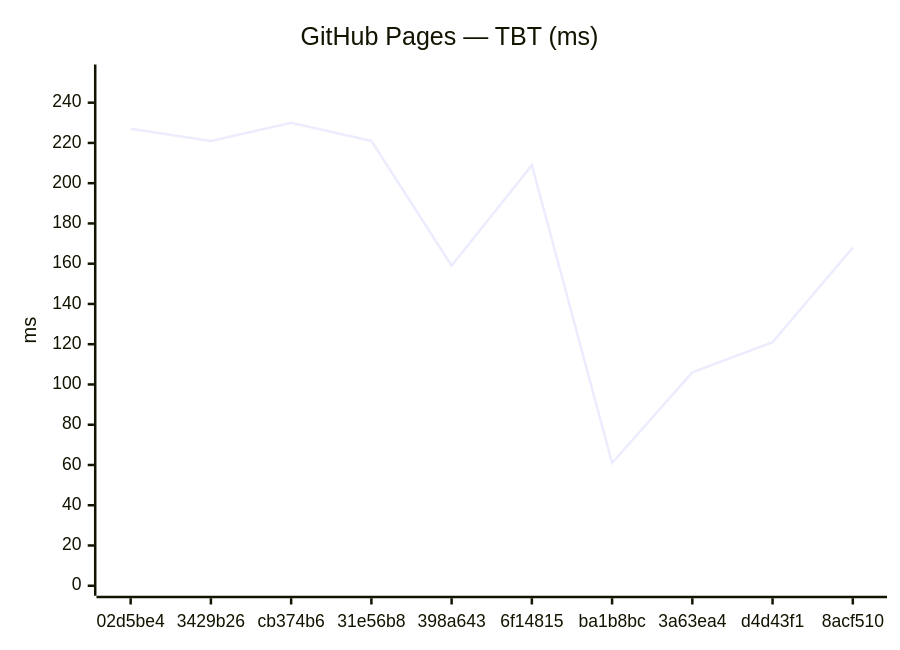
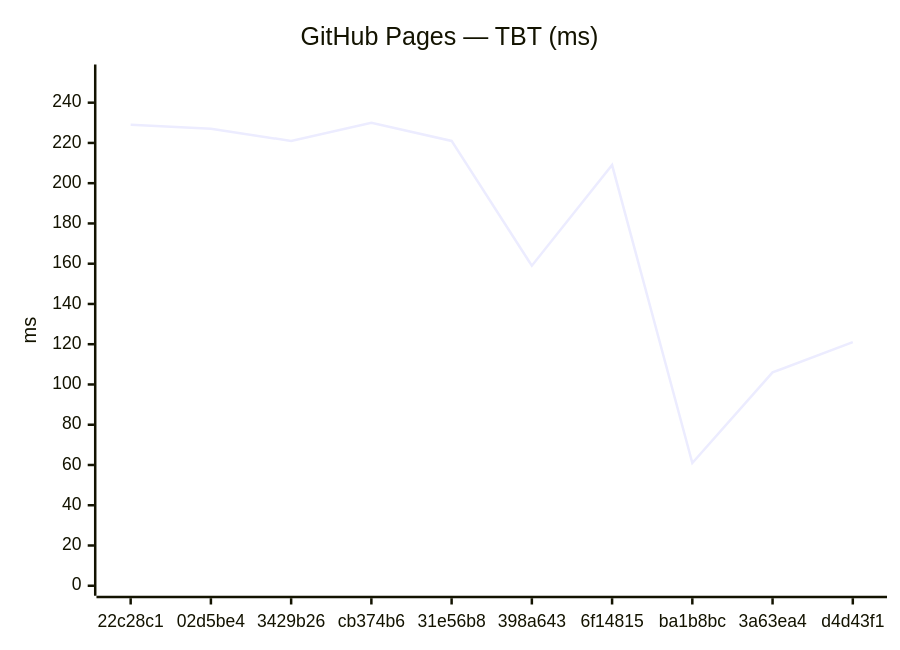
Before and after one commit to Metaheurist/Rianell: the fourth of 18 diagrams in benchmarks/compare.md, drawn with Mermaid. The commit also changed other lines of this file and 11 other files, not shown here.

````diff
--- a/benchmarks/compare.md
+++ b/benchmarks/compare.md
@@ -61,7 +61,7 @@
 ```mermaid
 xychart-beta
     title "GitHub Pages — TBT (ms)"
-    x-axis ["02d5be4", "3429b26", "cb374b6", "31e56b8", "398a643", "6f14815", "ba1b8bc", "3a63ea4", "d4d43f1", "8acf510"]
+    x-axis ["22c28c1", "02d5be4", "3429b26", "cb374b6", "31e56b8", "398a643", "6f14815", "ba1b8bc", "3a63ea4", "d4d43f1"]
     y-axis "ms" 0 --> 254
-    line [227, 221, 230, 221, 159, 209, 61, 106, 121, 168]
+    line [229, 227, 221, 230, 221, 159, 209, 61, 106, 121]
 ```
````
